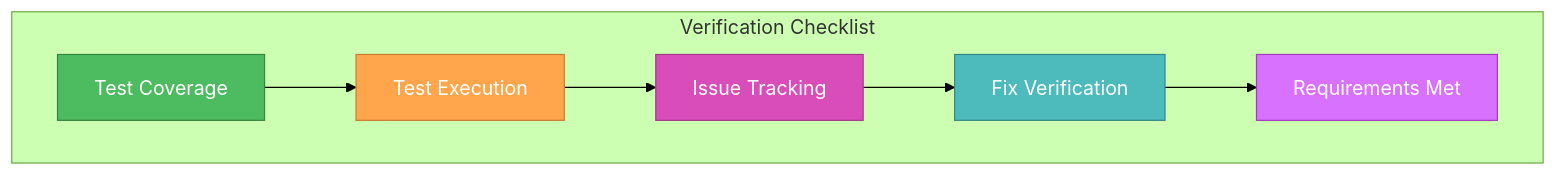
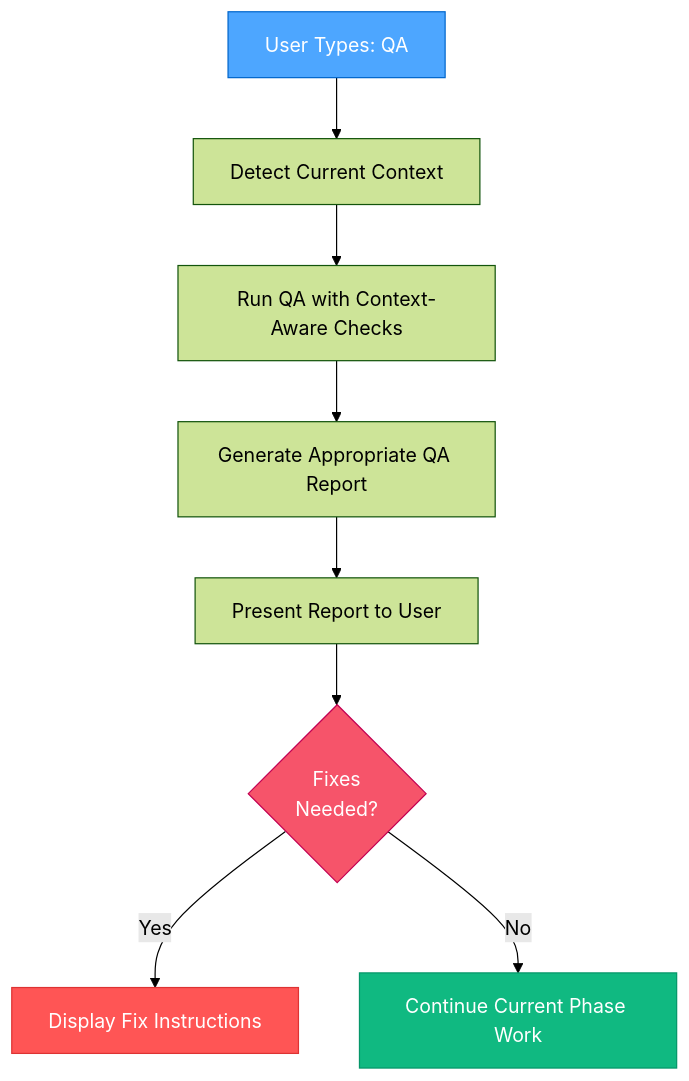
One commit to ubranch/shotgun changed the tenth of 10 diagrams in .cursor/rules/isolation_rules/visual-maps/qa-mode-map.mdc. Above: the diagram before and after it, drawn with Mermaid (forest theme). The commit also changed other lines of this file and 81 other files, not shown here.

````diff
--- a/.cursor/rules/isolation_rules/visual-maps/qa-mode-map.mdc
+++ b/.cursor/rules/isolation_rules/visual-maps/qa-mode-map.mdc
@@ -78,21 +478,16 @@
 ```mermaid
 graph TD
-    subgraph "Verification Checklist"
-        Coverage["Test Coverage"]
-        Execution["Test Execution"]
-        Issues["Issue Tracking"]
-        Fixes["Fix Verification"]
-        Requirements["Requirements Met"]
-    end
+    Start["User Types: QA"] --> DetectContext["Detect Current Context"]
+    DetectContext --> RunQA["Run QA with Context-Aware Checks"]
+    RunQA --> GenerateReport["Generate Appropriate QA Report"]
+    GenerateReport --> UserResponse["Present Report to User"]
     
-    Coverage --> Execution
-    Execution --> Issues
-    Issues --> Fixes
-    Fixes --> Requirements
+    UserResponse --> FixNeeded{"Fixes<br>Needed?"}
+    FixNeeded -->|"Yes"| SuggestFixes["Display Fix Instructions"]
+    FixNeeded -->|"No"| ContinueWork["Continue Current Phase Work"]
     
-    style Coverage fill:#4dbb5f,stroke:#36873f,color:white
-    style Execution fill:#ffa64d,stroke:#cc7a30,color:white
-    style Issues fill:#d94dbb,stroke:#a3378a,color:white
-    style Fixes fill:#4dbbbb,stroke:#368787,color:white
-    style Requirements fill:#d971ff,stroke:#a33bc2,color:white
+    style Start fill:#4da6ff,stroke:#0066cc,color:white
+    style FixNeeded fill:#f6546a,stroke:#c30052,color:white
+    style SuggestFixes fill:#ff5555,stroke:#dd3333,color:white
+    style ContinueWork fill:#10b981,stroke:#059669,color:white
 ```
````
